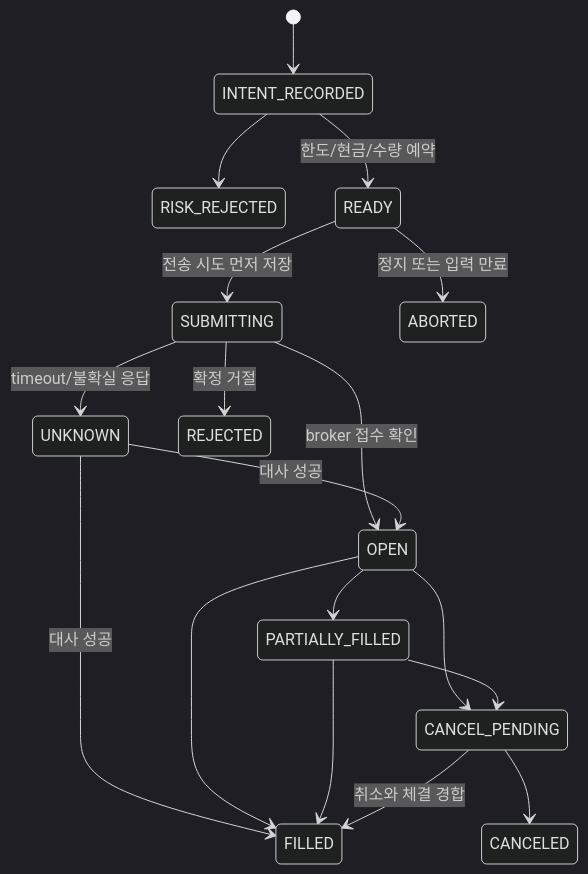
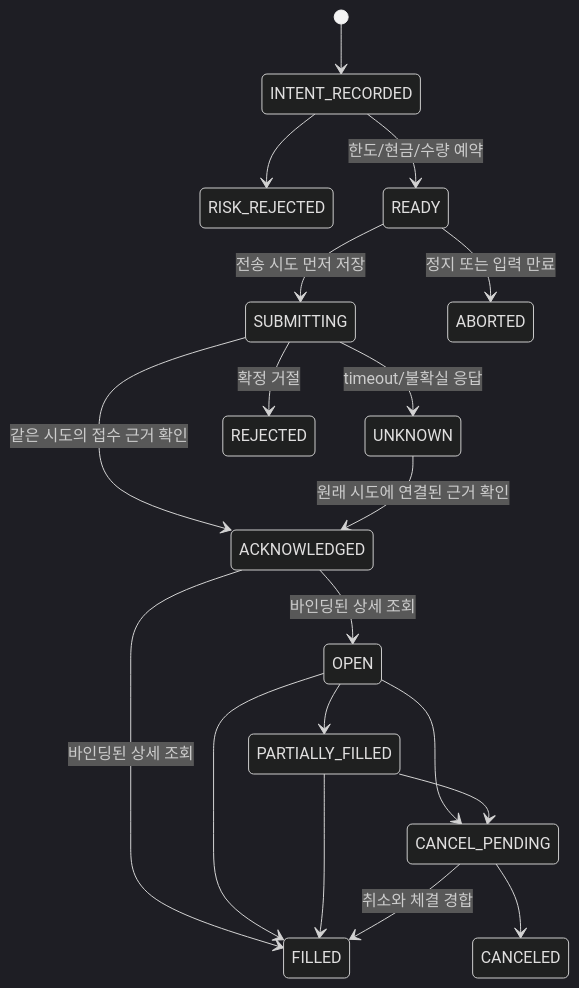
One commit to HTHstudy/hth-stock-trading changed the diagram in DESIGN.md. Above: the diagram before and after it, drawn with Mermaid (dark theme). The commit also changed other lines of this file and 5 other files, not shown here.

````diff
--- a/DESIGN.md
+++ b/DESIGN.md
@@ -53,20 +55,21 @@
 ```mermaid
 stateDiagram-v2
   [*] --> INTENT_RECORDED
   INTENT_RECORDED --> RISK_REJECTED
   INTENT_RECORDED --> READY: 한도/현금/수량 예약
   READY --> SUBMITTING: 전송 시도 먼저 저장
   READY --> ABORTED: 정지 또는 입력 만료
-  SUBMITTING --> OPEN: broker 접수 확인
+  SUBMITTING --> ACKNOWLEDGED: 같은 시도의 접수 근거 확인
+  ACKNOWLEDGED --> OPEN: 바인딩된 상세 조회
+  ACKNOWLEDGED --> FILLED: 바인딩된 상세 조회
   SUBMITTING --> UNKNOWN: timeout/불확실 응답
   SUBMITTING --> REJECTED: 확정 거절
-  UNKNOWN --> OPEN: 대사 성공
-  UNKNOWN --> FILLED: 대사 성공
+  UNKNOWN --> ACKNOWLEDGED: 원래 시도에 연결된 근거 확인
   OPEN --> PARTIALLY_FILLED
   OPEN --> FILLED
   OPEN --> CANCEL_PENDING
   PARTIALLY_FILLED --> FILLED
   PARTIALLY_FILLED --> CANCEL_PENDING
   CANCEL_PENDING --> CANCELED
   CANCEL_PENDING --> FILLED: 취소와 체결 경합
 ```
````
